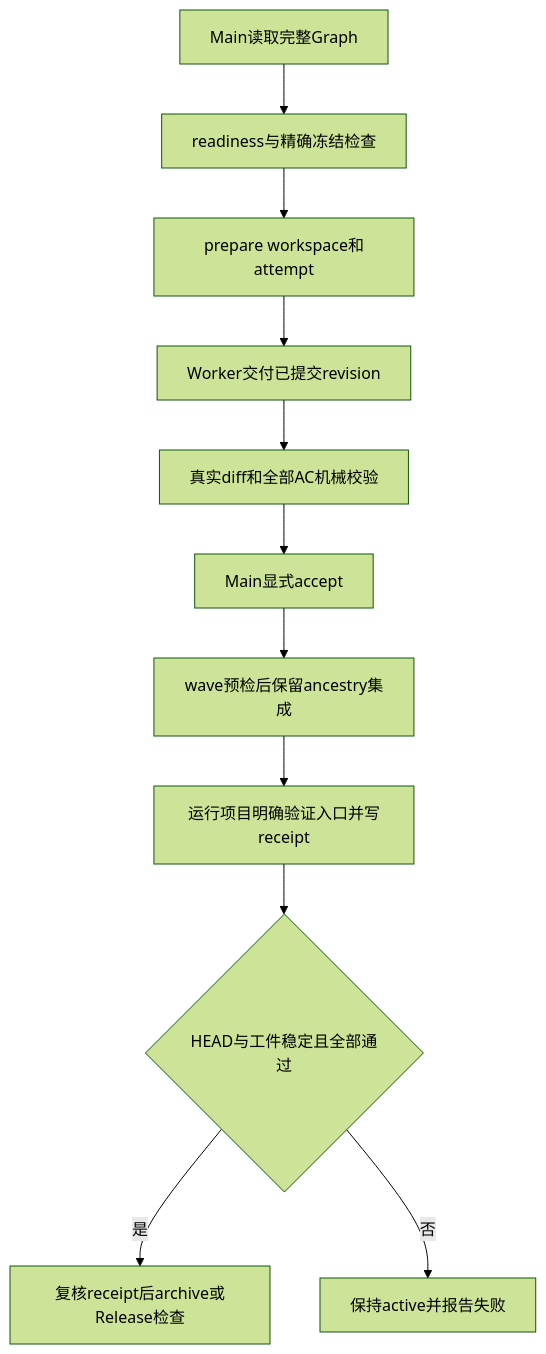
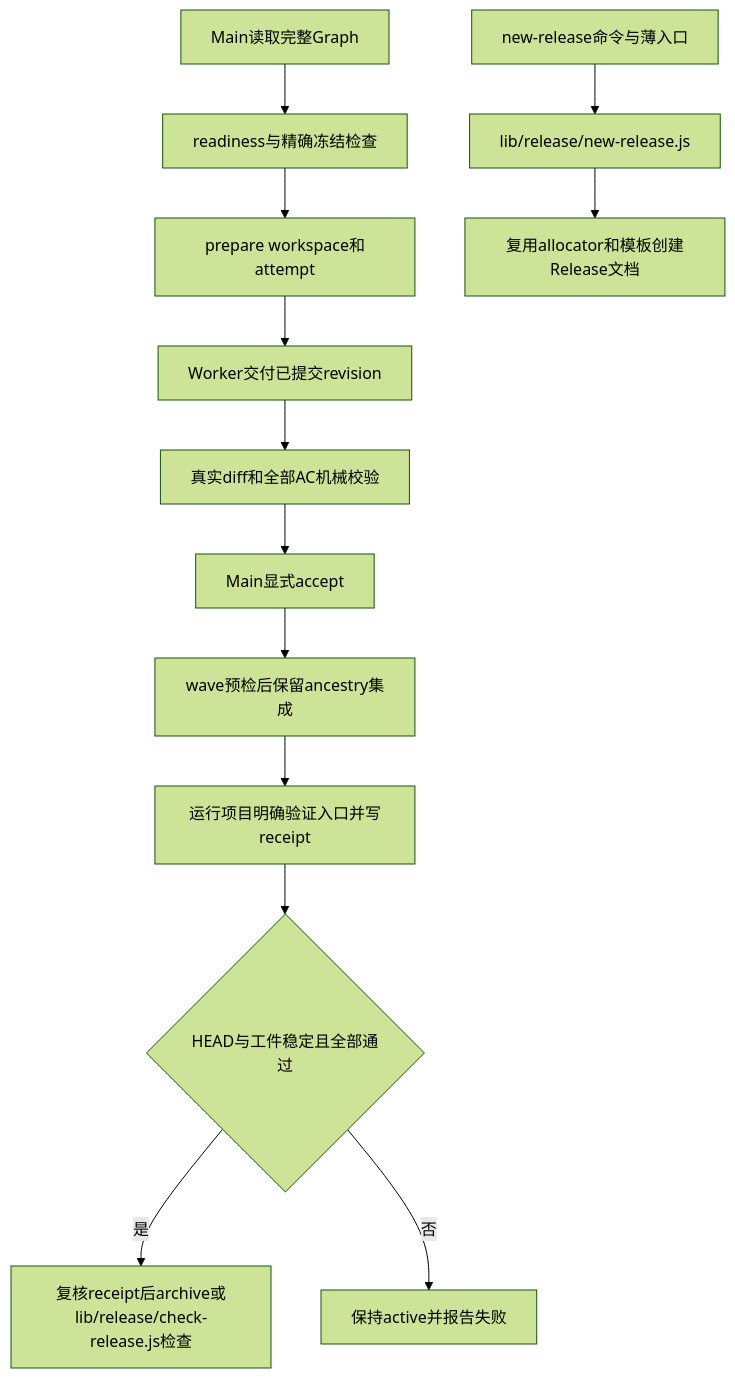
Before and after one commit to kedamitch/open-spec-mesh: the diagram in docs/05-changes/C01-进行中/CHG-20260928-nodejs-migration/C03-tasks/C03-02-workflow-runtime/C03-02-01-task.md, drawn with Mermaid (forest theme). The commit also changed other lines of this file and 1 other file, not shown here.

Commit message:
docs(sdd): align Release module paths for C03-02

````diff
--- a/docs/05-changes/C01-进行中/CHG-20260928-nodejs-migration/C03-tasks/C03-02-workflow-runtime/C03-02-01-task.md
+++ b/docs/05-changes/C01-进行中/CHG-20260928-nodejs-migration/C03-tasks/C03-02-workflow-runtime/C03-02-01-task.md
@@ -69,13 +71,15 @@
 ```mermaid
 flowchart TD
     A["Main读取完整Graph"] --> B["readiness与精确冻结检查"]
     B --> C["prepare workspace和attempt"]
     C --> D["Worker交付已提交revision"]
     D --> E["真实diff和全部AC机械校验"]
     E --> F["Main显式accept"]
     F --> G["wave预检后保留ancestry集成"]
     G --> H["运行项目明确验证入口并写receipt"]
     H --> I{"HEAD与工件稳定且全部通过"}
-    I -->|是| J["复核receipt后archive或Release检查"]
+    I -->|是| J["复核receipt后archive或lib/release/check-release.js检查"]
     I -->|否| K["保持active并报告失败"]
+    L["new-release命令与薄入口"] --> M["lib/release/new-release.js"]
+    M --> N["复用allocator和模板创建Release文档"]
 ```
````
